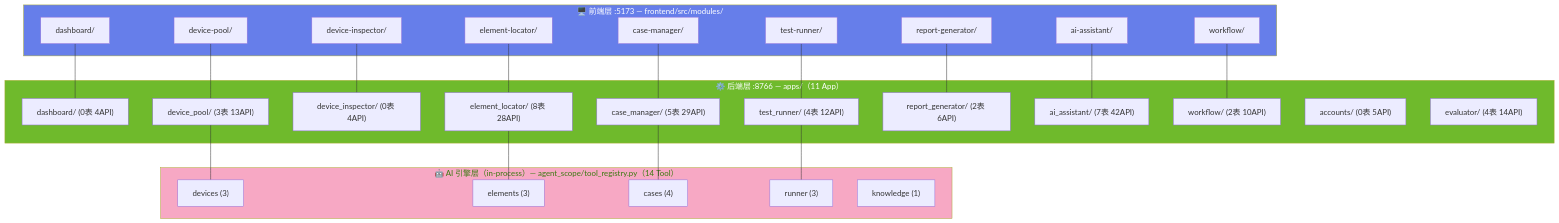
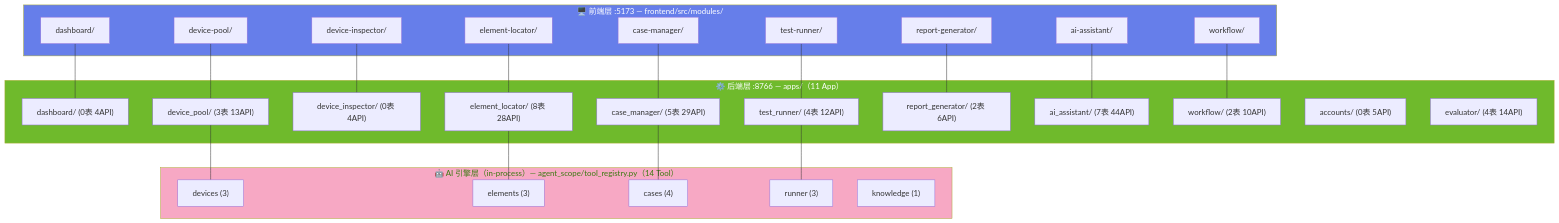
Before and after one commit to Kahoku-lazy/Android-AutoTests: the sixth of 6 diagrams in dev_docs/03-设计与架构/ARCH-00-平台总体架构.md, drawn with Mermaid. The commit also changed other lines of this file and 36 other files, not shown here.

````diff
--- a/dev_docs/03-设计与架构/ARCH-00-平台总体架构.md
+++ b/dev_docs/03-设计与架构/ARCH-00-平台总体架构.md
@@ -416,50 +416,50 @@
 ```mermaid
 flowchart TB
     subgraph Frontend["🖥️ 前端层 :5173 — frontend/src/modules/"]
         F_DB["dashboard/"]
         F_DP["device-pool/"]
         F_DI["device-inspector/"]
         F_EL["element-locator/"]
         F_CM["case-manager/"]
         F_TR["test-runner/"]
         F_RG["report-generator/"]
         F_AI["ai-assistant/"]
         F_WF["workflow/"]
     end
 
     subgraph Backend["⚙️ 后端层 :8766 — apps/（11 App）"]
         B_DB["dashboard/ (0表 4API)"]
         B_DP["device_pool/ (3表 13API)"]
         B_DI["device_inspector/ (0表 4API)"]
         B_EL["element_locator/ (8表 28API)"]
         B_CM["case_manager/ (5表 29API)"]
         B_TR["test_runner/ (4表 12API)"]
         B_RG["report_generator/ (2表 6API)"]
-        B_AI["ai_assistant/ (7表 42API)"]
+        B_AI["ai_assistant/ (7表 44API)"]
         B_WF["workflow/ (2表 10API)"]
         B_ACC["accounts/ (0表 5API)"]
         B_EV["evaluator/ (4表 14API)"]
     end
 
     subgraph AgentScope["🤖 AI 引擎层（in-process）— agent_scope/tool_registry.py（14 Tool）"]
         A_DP["devices (3)"]
         A_EL["elements (3)"]
         A_CM["cases (4)"]
         A_TR["runner (3)"]
         A_KB["knowledge (1)"]
     end
 
     F_DB --- B_DB
     F_DP --- B_DP --- A_DP
     F_EL --- B_EL --- A_EL
     F_CM --- B_CM --- A_CM
     F_TR --- B_TR --- A_TR
     F_RG --- B_RG
     F_AI --- B_AI
     F_WF --- B_WF
     F_DI --- B_DI
 
     style Frontend fill:#667eea,color:#fff
     style Backend fill:#6fba2c,color:#fff
     style AgentScope fill:#f7a8c4,color:#3a7a10
 ```
````
